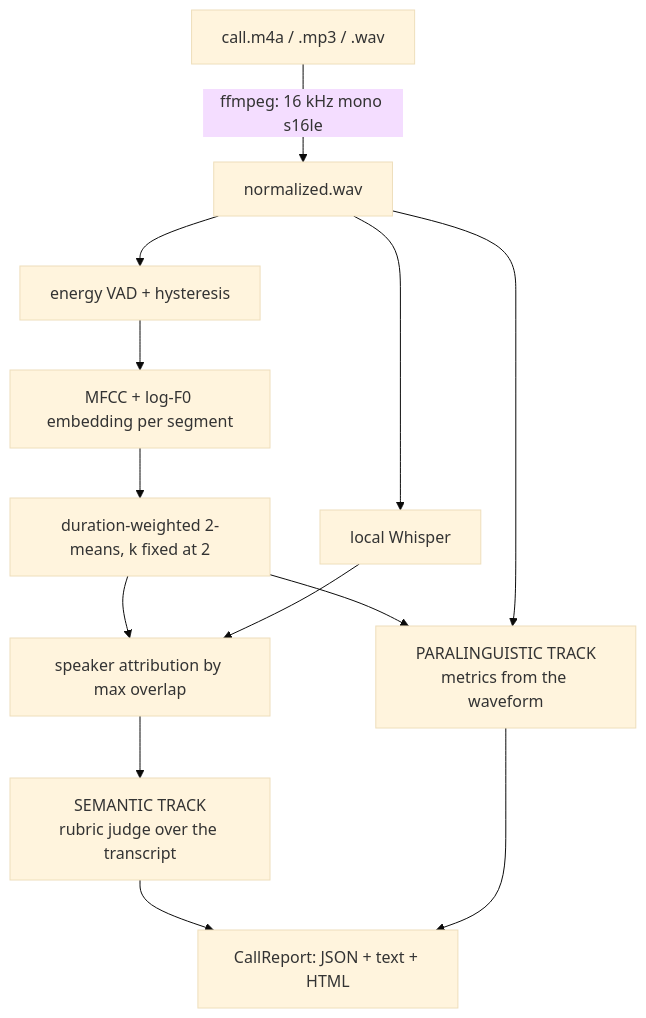
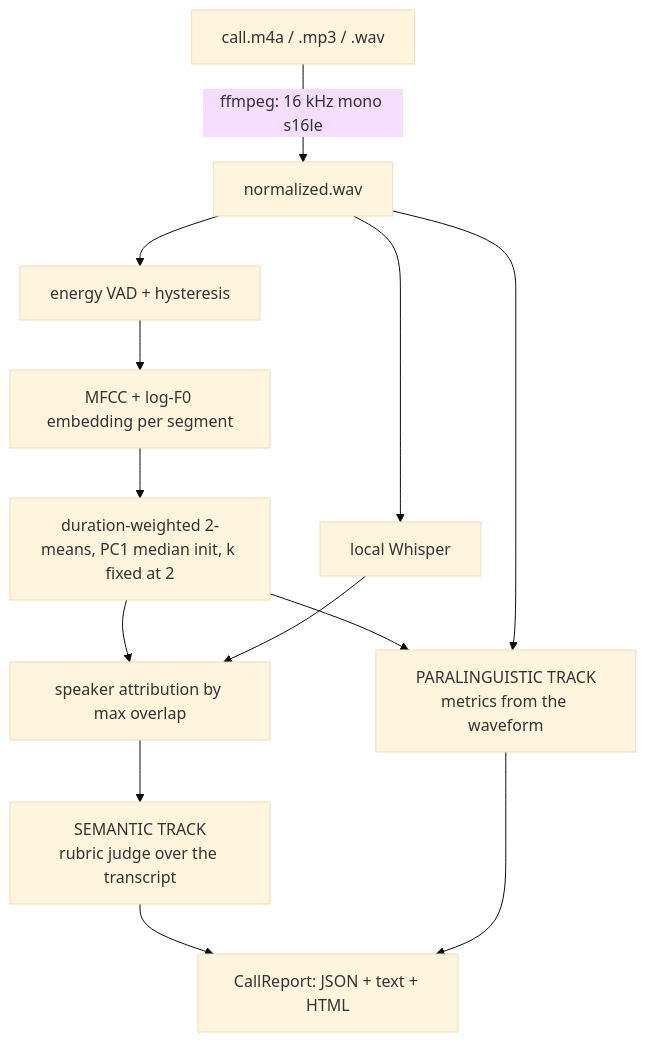
Before and after one commit to prodigalparadigm/callscope: the diagram in README.md, drawn with Mermaid (base theme). The commit also changed other lines of this file, not shown here.

````diff
--- a/README.md
+++ b/README.md
@@ -51,15 +58,15 @@
 ```mermaid
 flowchart TD
     A[call.m4a / .mp3 / .wav] -->|ffmpeg: 16 kHz mono s16le| B[normalized.wav]
     B --> C[energy VAD + hysteresis]
     C --> D[MFCC + log-F0 embedding per segment]
-    D --> E[duration-weighted 2-means, k fixed at 2]
+    D --> E[duration-weighted 2-means, PC1 median init, k fixed at 2]
     B --> F[local Whisper]
     E --> G[speaker attribution by max overlap]
     F --> G
     G --> H[SEMANTIC TRACK<br/>rubric judge over the transcript]
     E --> I[PARALINGUISTIC TRACK<br/>metrics from the waveform]
     B --> I
     H --> J[CallReport: JSON + text + HTML]
     I --> J
 ```
````
